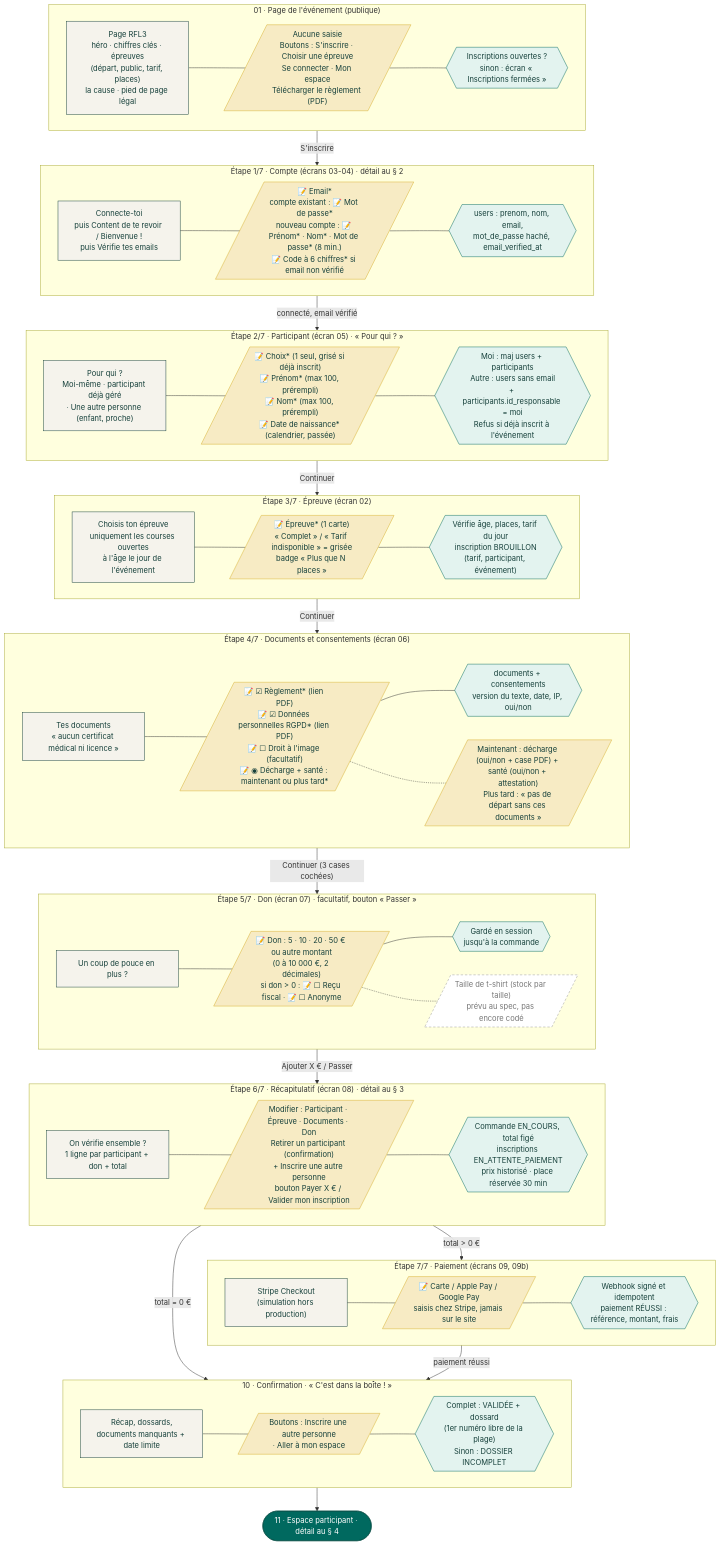
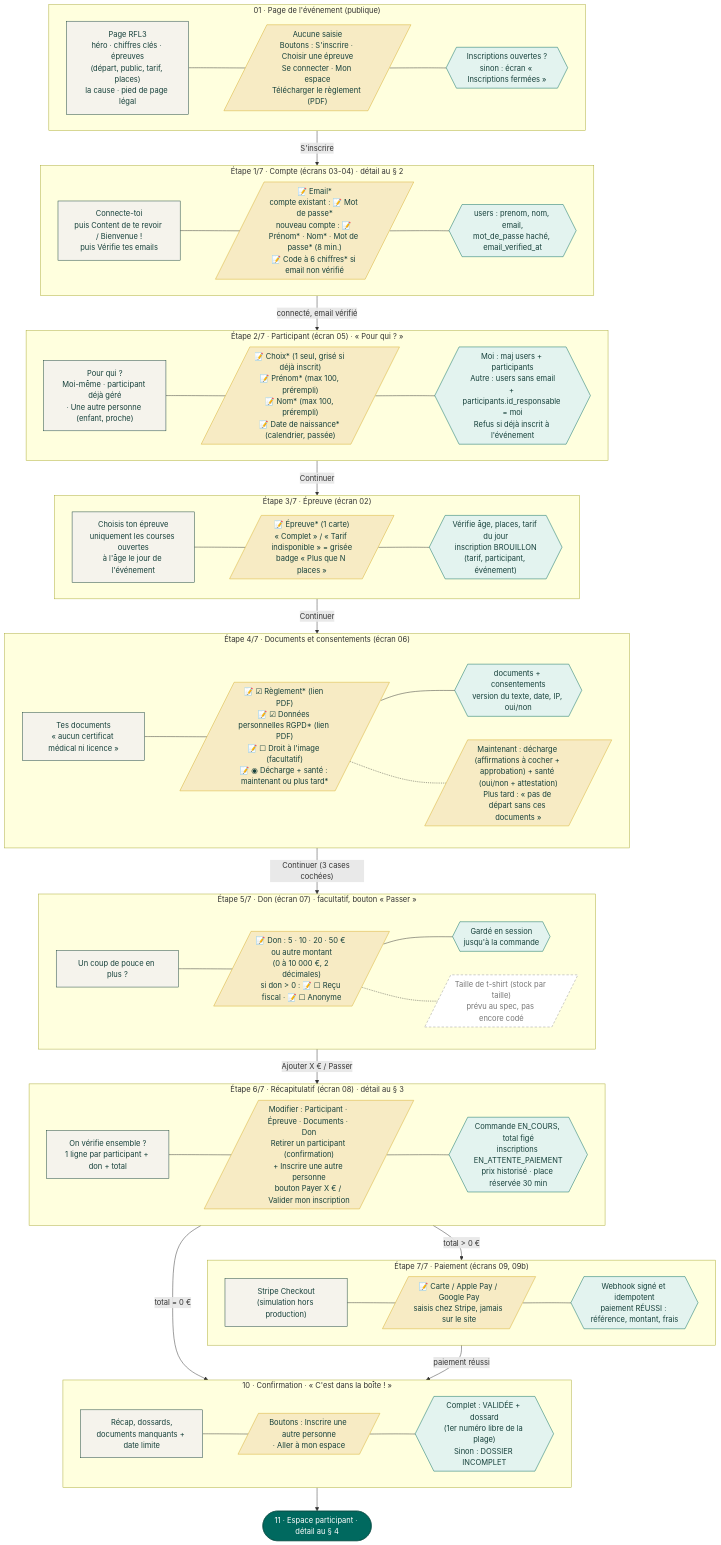
The first of 5 diagrams in docs/parcours-utilisateur.md (OanHamon/Run_For_Lorene), drawn with Mermaid before and after one commit. The commit also changed other lines of this file and 8 other files, not shown here.

```diff
--- a/docs/parcours-utilisateur.md
+++ b/docs/parcours-utilisateur.md
@@ -63,7 +63,7 @@
         E4["Tes documents<br/>« aucun certificat médical ni licence »"]:::ecran
         D4[/"📝 ☑ Règlement* (lien PDF)<br/>📝 ☑ Données personnelles RGPD* (lien PDF)<br/>📝 ☐ Droit à l'image (facultatif)<br/>📝 ◉ Décharge + santé : maintenant ou plus tard*"/]:::saisie
         V4{{"documents + consentements<br/>version du texte, date, IP, oui/non"}}:::serveur
-        P4[/"Maintenant : décharge (oui/non + case PDF) + santé (oui/non + attestation)<br/>Plus tard : « pas de départ sans ces documents »"/]:::saisie
+        P4[/"Maintenant : décharge (affirmations à cocher + approbation) + santé (oui/non + attestation)<br/>Plus tard : « pas de départ sans ces documents »"/]:::saisie
         E4 --- D4 --- V4
         D4 -.- P4
     end
```
